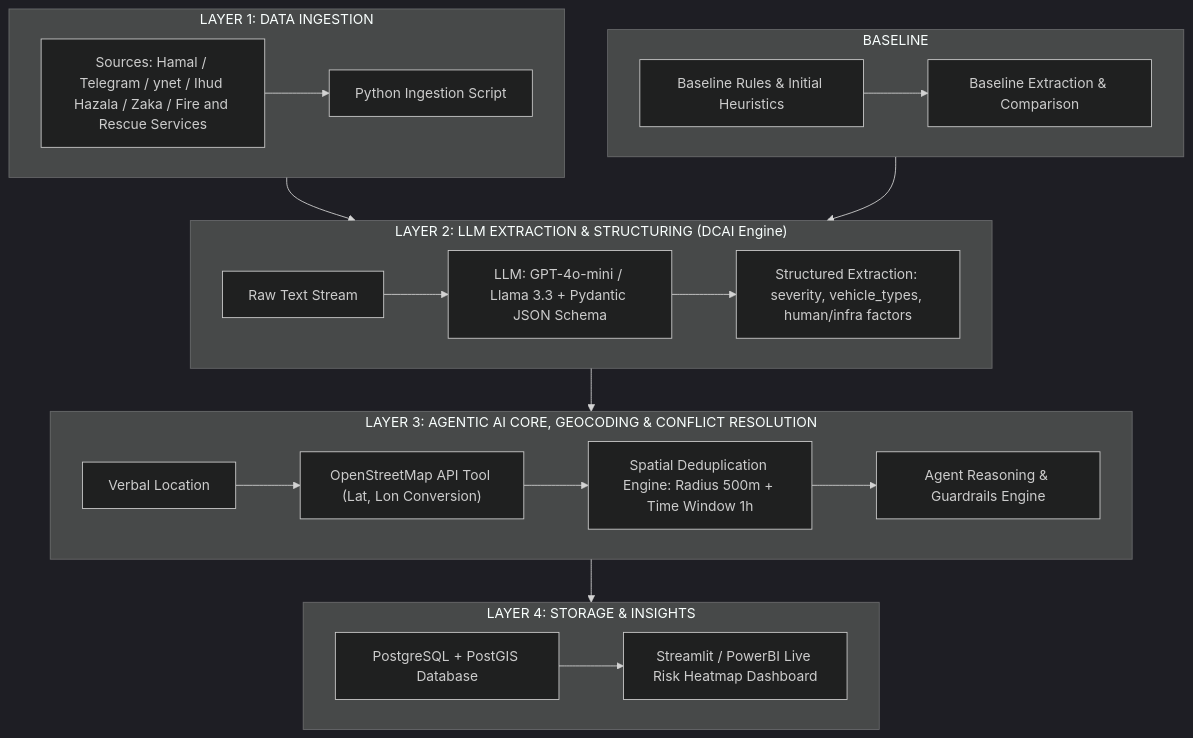
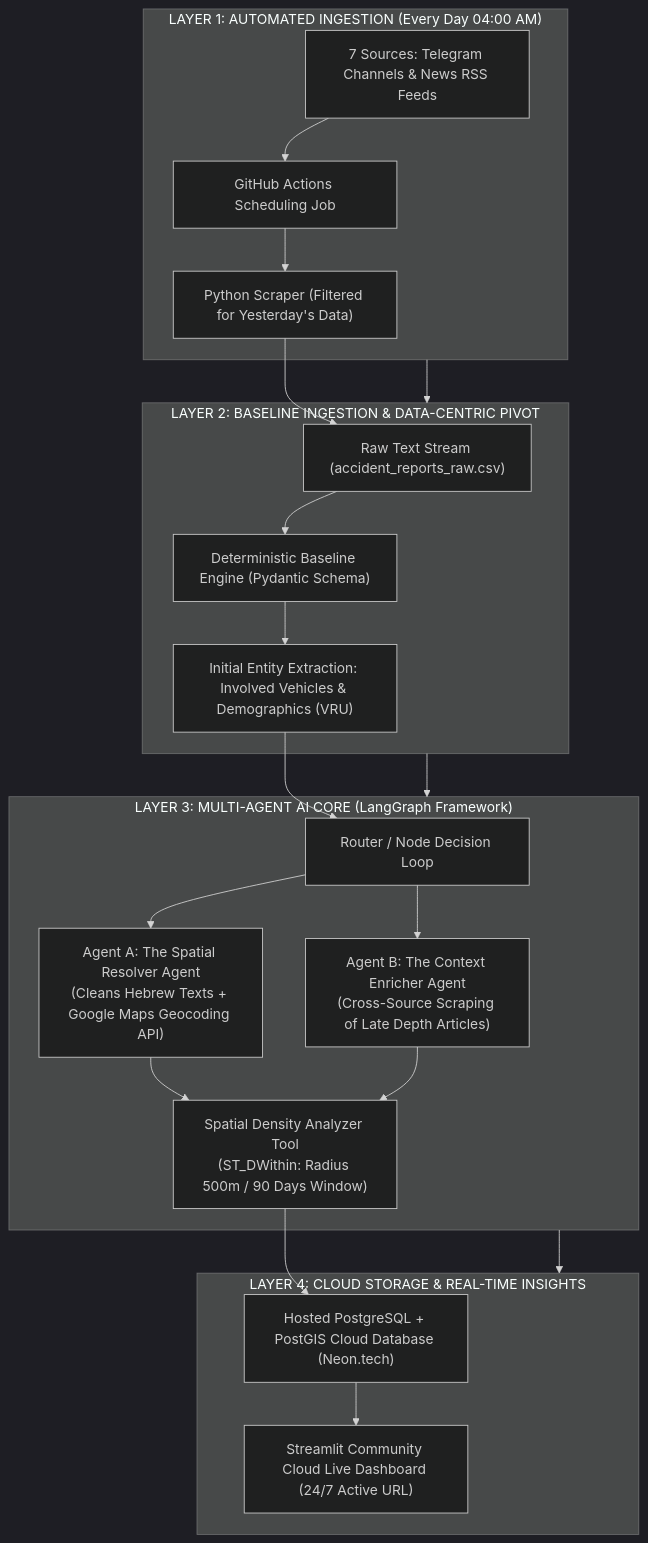
The diagram in README.md (golanliza-coder/From_News_to_Action), drawn with Mermaid (dark theme) before and after one commit. The commit also changed other lines of this file, not shown here.

````diff
--- a/README.md
+++ b/README.md
@@ -31,30 +34,25 @@
 ```mermaid
 flowchart TD
-    subgraph BASELINE ["BASELINE"]
-        BL1["Baseline Rules & Initial Heuristics"] --> BL2["Baseline Extraction & Comparison"]
+    subgraph L1 ["LAYER 1: AUTOMATED INGESTION (Every Day 04:00 AM)"]
+        A1["7 Sources: Telegram Channels & News RSS Feeds"] --> A2["GitHub Actions Scheduling Job"]
+        A2 --> A3["Python Scraper (Filtered for Yesterday's Data)"]
     end
-
-    subgraph L1 ["LAYER 1: DATA INGESTION"]
-        A1["Sources: Hamal / Telegram / ynet / Ihud Hazala / Zaka / Fire and Rescue Services"] --> A2["Python Ingestion Script"]
+    subgraph L2 ["LAYER 2: BASELINE INGESTION & DATA-CENTRIC PIVOT"]
+        A3 --> B1["Raw Text Stream (accident_reports_raw.csv)"]
+        B1 --> B2["Deterministic Baseline Engine (Pydantic Schema)"]
+        B2 --> B3["Initial Entity Extraction: Involved Vehicles & Demographics (VRU)"]
     end
-
-    subgraph L2 ["LAYER 2: LLM EXTRACTION & STRUCTURING (DCAI Engine)"]
-        B1["Raw Text Stream"] --> B2["LLM: GPT-4o-mini / Llama 3.3 + Pydantic JSON Schema"]
-        B2 --> B3["Structured Extraction: severity, vehicle_types, human/infra factors"]
+    subgraph L3 ["LAYER 3: MULTI-AGENT AI CORE (LangGraph Framework)"]
+        B3 --> C1["Router / Node Decision Loop"]
+        C1 --> C2["Agent A: The Spatial Resolver Agent<br>(Cleans Hebrew Texts + Google Maps Geocoding API)"]
+        C1 --> C3["Agent B: The Context Enricher Agent<br>(Cross-Source Scraping of Late Depth Articles)"]
+        C2 & C3 --> C4["Spatial Density Analyzer Tool<br>(ST_DWithin: Radius 500m / 90 Days Window)"]
     end
-
-    subgraph L3 ["LAYER 3: AGENTIC AI CORE, GEOCODING & CONFLICT RESOLUTION"]
-        C1["Verbal Location"] --> C2["OpenStreetMap API Tool (Lat, Lon Conversion)"]
-        C2 --> C3["Spatial Deduplication Engine: Radius 500m + Time Window 1h"]
-        C3 --> C4["Agent Reasoning & Guardrails Engine"]
+    subgraph L4 ["LAYER 4: CLOUD STORAGE & REAL-TIME INSIGHTS"]
+        C4 --> D1["Hosted PostgreSQL + PostGIS Cloud Database (Neon.tech)"]
+        D1 --> D2["Streamlit Community Cloud Live Dashboard (24/7 Active URL)"]
     end
-
-    subgraph L4 ["LAYER 4: STORAGE & INSIGHTS"]
-        D1["PostgreSQL + PostGIS Database"] --> D2["Streamlit / PowerBI Live Risk Heatmap Dashboard"]
-    end
-
     L1 --> L2
-    BASELINE --> L2
     L2 --> L3
     L3 --> L4
-  ```
+```
````
